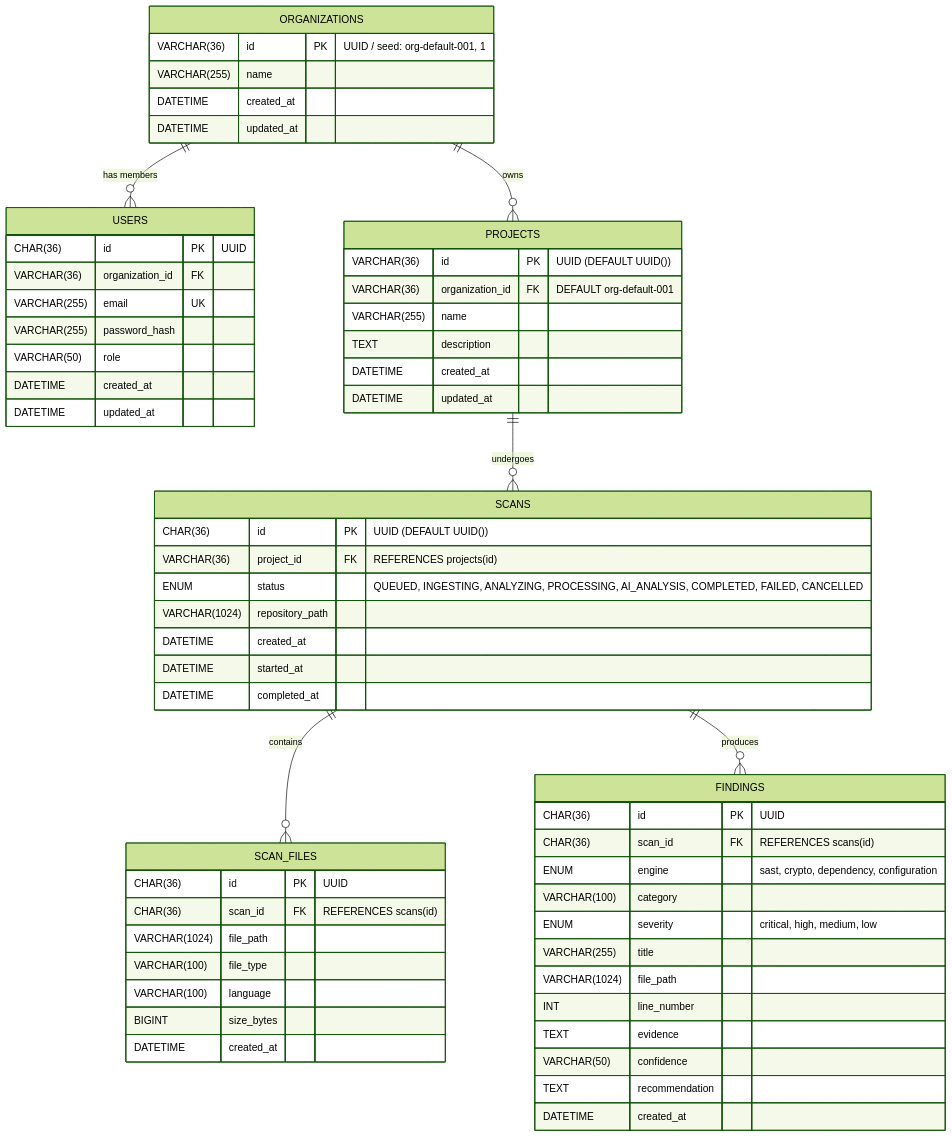
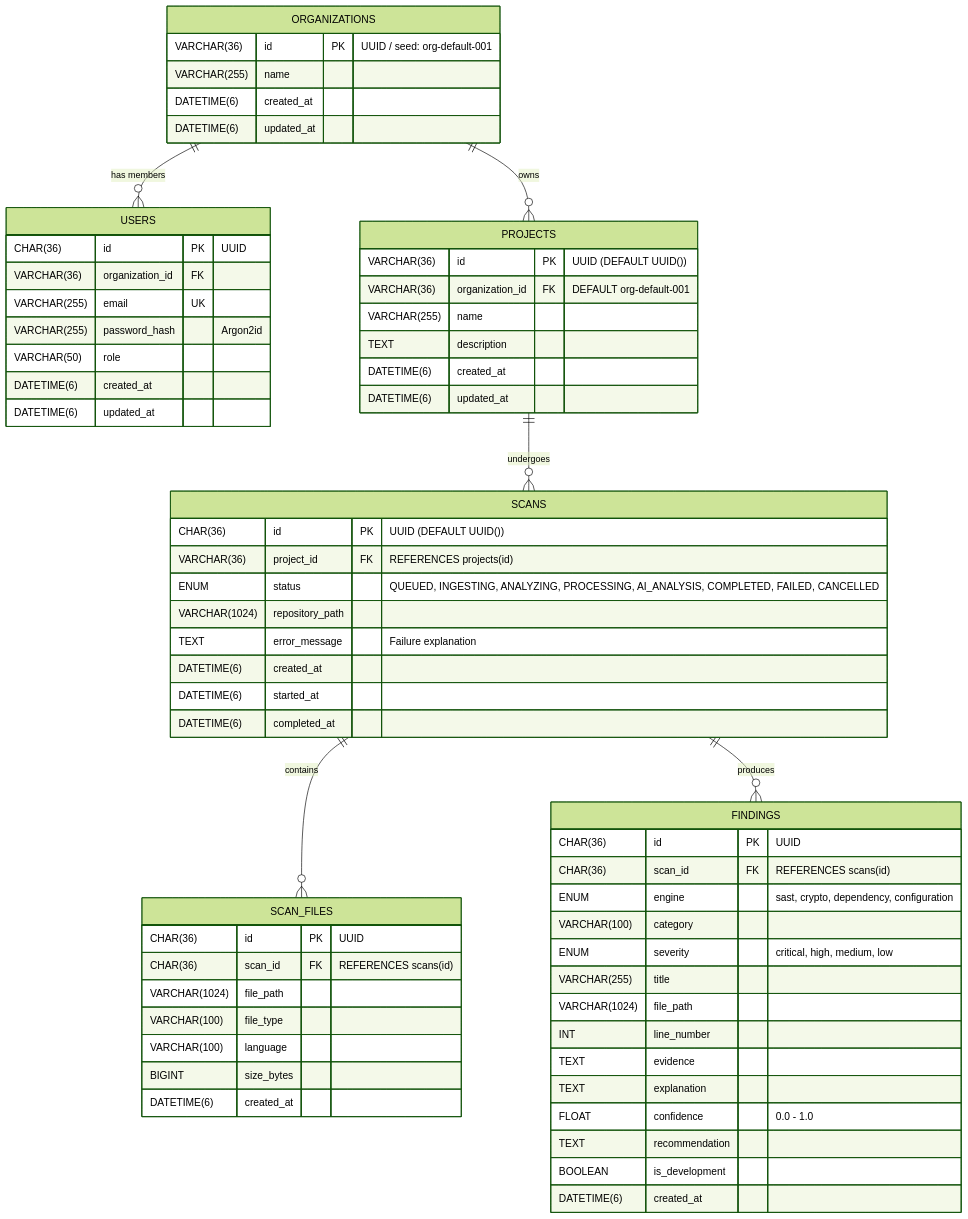
The diagram in database/README.md (Viswanath322/PQC-Platform), drawn with Mermaid (forest theme) before and after one commit. The commit also changed other lines of this file and 12 other files, not shown here.

````diff
--- a/database/README.md
+++ b/database/README.md
@@ -12,69 +12,72 @@
 ```mermaid
 erDiagram
     ORGANIZATIONS ||--o{ USERS : "has members"
     ORGANIZATIONS ||--o{ PROJECTS : "owns"
     PROJECTS ||--o{ SCANS : "undergoes"
     SCANS ||--o{ SCAN_FILES : "contains"
     SCANS ||--o{ FINDINGS : "produces"
 
     ORGANIZATIONS {
-        VARCHAR(36) id PK "UUID / seed: org-default-001, 1"
+        VARCHAR(36) id PK "UUID / seed: org-default-001"
         VARCHAR(255) name
-        DATETIME created_at
-        DATETIME updated_at
+        DATETIME(6) created_at
+        DATETIME(6) updated_at
     }
 
     USERS {
         CHAR(36) id PK "UUID"
         VARCHAR(36) organization_id FK
         VARCHAR(255) email UK
-        VARCHAR(255) password_hash
+        VARCHAR(255) password_hash "Argon2id"
         VARCHAR(50) role
-        DATETIME created_at
-        DATETIME updated_at
+        DATETIME(6) created_at
+        DATETIME(6) updated_at
     }
 
     PROJECTS {
         VARCHAR(36) id PK "UUID (DEFAULT UUID())"
         VARCHAR(36) organization_id FK "DEFAULT org-default-001"
         VARCHAR(255) name
         TEXT description
-        DATETIME created_at
-        DATETIME updated_at
+        DATETIME(6) created_at
+        DATETIME(6) updated_at
     }
 
     SCANS {
         CHAR(36) id PK "UUID (DEFAULT UUID())"
         VARCHAR(36) project_id FK "REFERENCES projects(id)"
         ENUM status "QUEUED, INGESTING, ANALYZING, PROCESSING, AI_ANALYSIS, COMPLETED, FAILED, CANCELLED"
         VARCHAR(1024) repository_path
-        DATETIME created_at
-        DATETIME started_at
-        DATETIME completed_at
+        TEXT error_message "Failure explanation"
+        DATETIME(6) created_at
+        DATETIME(6) started_at
+        DATETIME(6) completed_at
     }
 
     SCAN_FILES {
         CHAR(36) id PK "UUID"
         CHAR(36) scan_id FK "REFERENCES scans(id)"
         VARCHAR(1024) file_path
         VARCHAR(100) file_type
         VARCHAR(100) language
         BIGINT size_bytes
-        DATETIME created_at
+        DATETIME(6) created_at
     }
 
     FINDINGS {
         CHAR(36) id PK "UUID"
         CHAR(36) scan_id FK "REFERENCES scans(id)"
         ENUM engine "sast, crypto, dependency, configuration"
         VARCHAR(100) category
         ENUM severity "critical, high, medium, low"
         VARCHAR(255) title
         VARCHAR(1024) file_path
         INT line_number
         TEXT evidence
-        VARCHAR(50) confidence
+        TEXT explanation
+        FLOAT confidence "0.0 - 1.0"
         TEXT recommendation
-        DATETIME created_at
+        BOOLEAN is_development
+        DATETIME(6) created_at
     }
 ```
````
